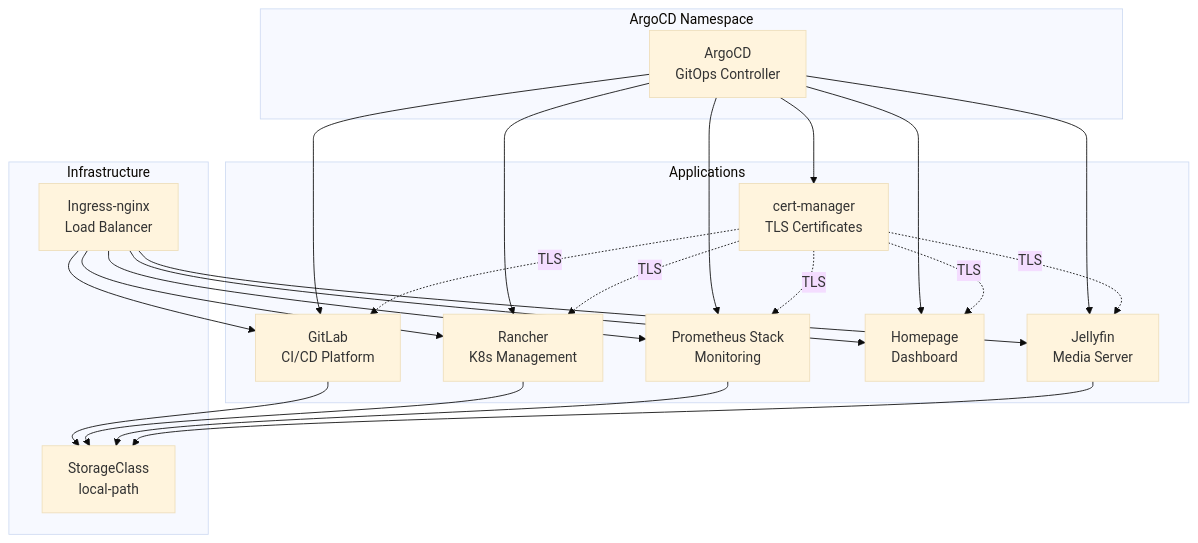
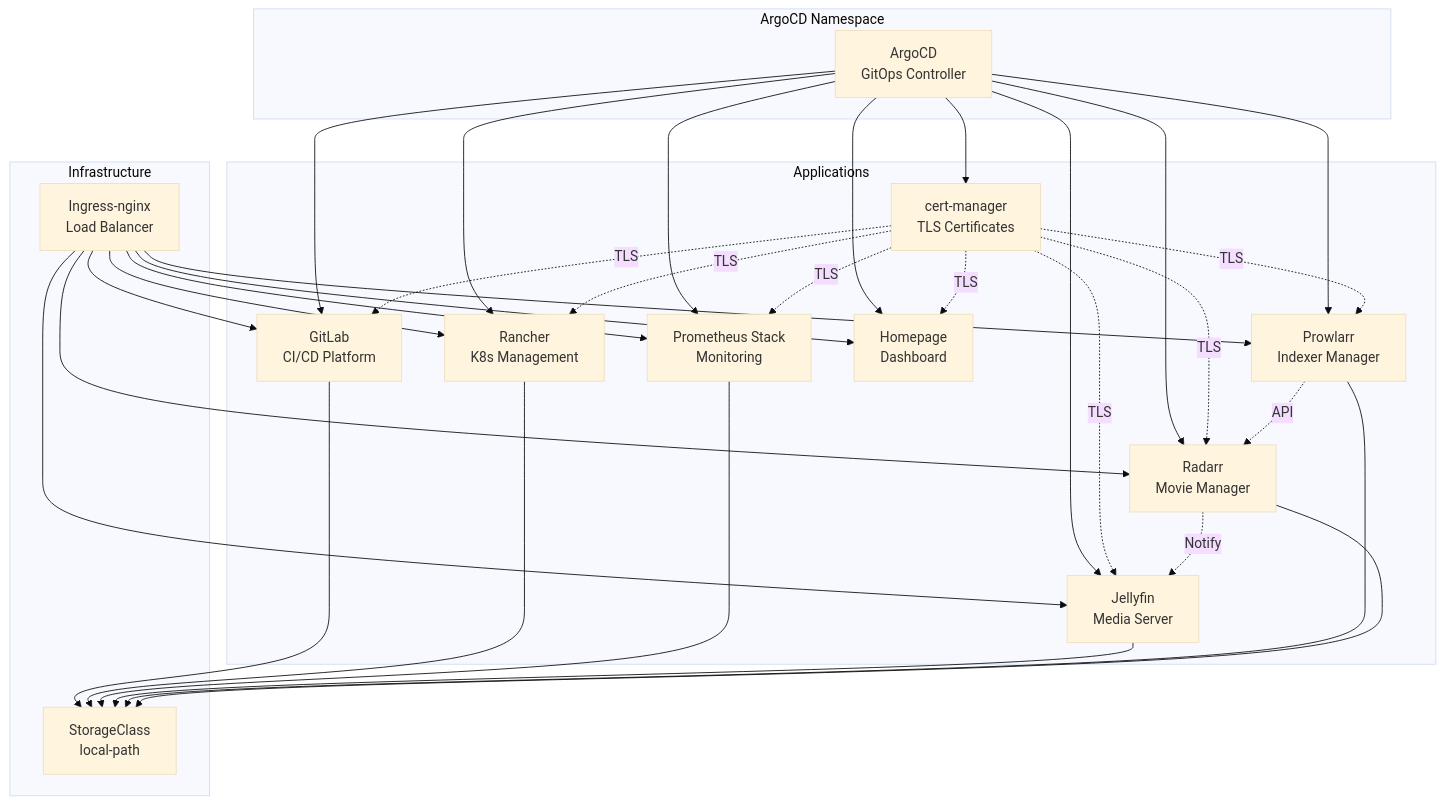
Before and after one commit to mistermedved01/lab-home: the diagram in 03-argocd/README.md, drawn with Mermaid (base theme). The commit also changed other lines of this file, not shown here.

````diff
--- a/03-argocd/README.md
+++ b/03-argocd/README.md
@@ -355,44 +415,57 @@
 ```mermaid
 graph TB
     subgraph "ArgoCD Namespace"
         ArgoCD[ArgoCD<br/>GitOps Controller]
     end
     
     subgraph "Applications"
         CertManager[cert-manager<br/>TLS Certificates]
         GitLab[GitLab<br/>CI/CD Platform]
         Rancher[Rancher<br/>K8s Management]
         Prometheus[Prometheus Stack<br/>Monitoring]
         Homepage[Homepage<br/>Dashboard]
         Jellyfin[Jellyfin<br/>Media Server]
+        Prowlarr[Prowlarr<br/>Indexer Manager]
+        Radarr[Radarr<br/>Movie Manager]
     end
     
     subgraph "Infrastructure"
         Ingress[Ingress-nginx<br/>Load Balancer]
         Storage[StorageClass<br/>local-path]
     end
     
     ArgoCD --> CertManager
     ArgoCD --> GitLab
     ArgoCD --> Rancher
     ArgoCD --> Prometheus
     ArgoCD --> Homepage
     ArgoCD --> Jellyfin
+    ArgoCD --> Prowlarr
+    ArgoCD --> Radarr
     
     CertManager -.->|TLS| GitLab
     CertManager -.->|TLS| Rancher
     CertManager -.->|TLS| Prometheus
     CertManager -.->|TLS| Homepage
     CertManager -.->|TLS| Jellyfin
+    CertManager -.->|TLS| Prowlarr
+    CertManager -.->|TLS| Radarr
     
     Ingress --> GitLab
     Ingress --> Rancher
     Ingress --> Prometheus
     Ingress --> Homepage
     Ingress --> Jellyfin
+    Ingress --> Prowlarr
+    Ingress --> Radarr
     
     GitLab --> Storage
     Rancher --> Storage
     Prometheus --> Storage
     Jellyfin --> Storage
+    Prowlarr --> Storage
+    Radarr --> Storage
+    
+    Prowlarr -.->|API| Radarr
+    Radarr -.->|Notify| Jellyfin
 ```
````
